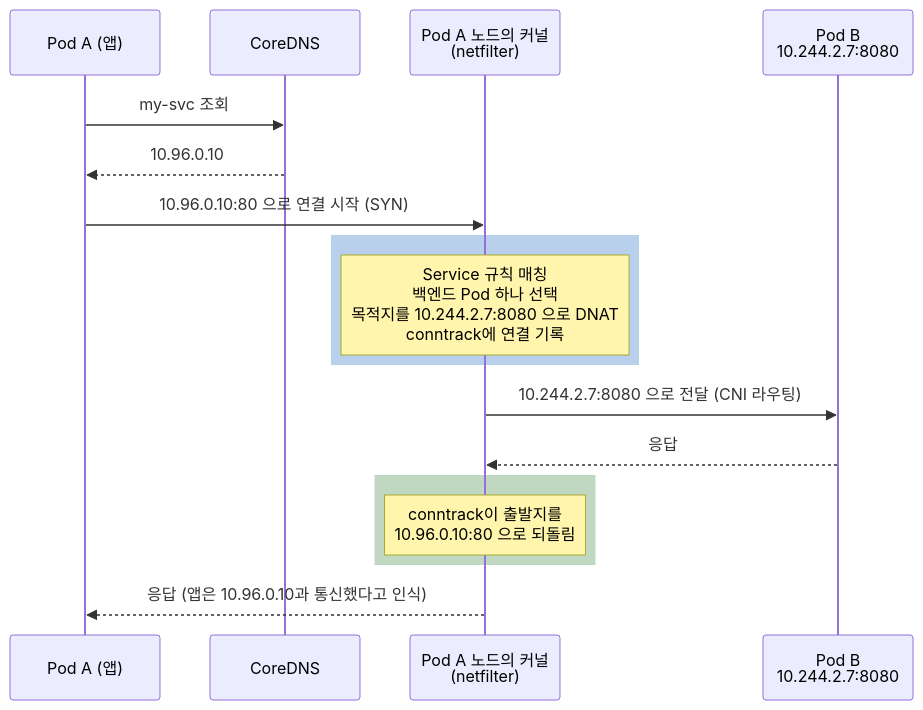
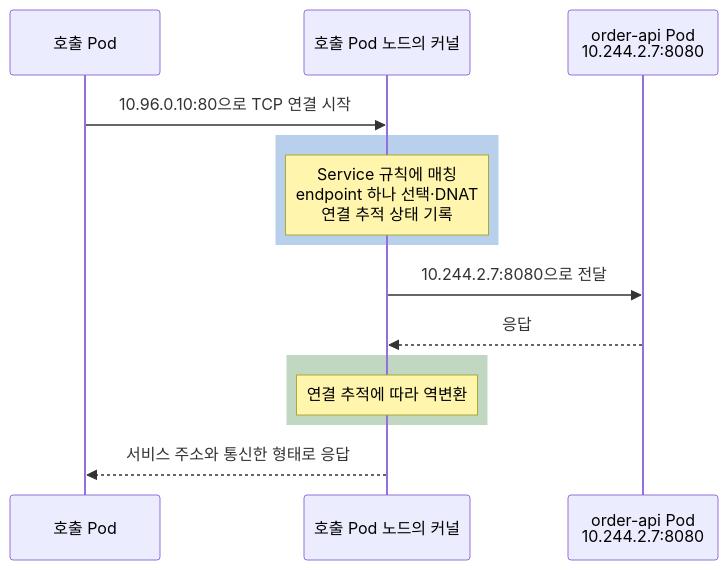
Before and after one commit to sskim91/TIL: the third of 3 diagrams in kubernetes/Kubernetes-Service-Internals.md, drawn with Mermaid. The commit also changed other lines of this file and 39 other files, not shown here.

````diff
--- a/kubernetes/Kubernetes-Service-Internals.md
+++ b/kubernetes/Kubernetes-Service-Internals.md
@@ -101,20 +172,16 @@
 ```mermaid
 sequenceDiagram
-    participant App as Pod A (앱)
-    participant DNS as CoreDNS
-    participant K as Pod A 노드의 커널<br>(netfilter)
-    participant B as Pod B<br>10.244.2.7:8080
-
-    App->>DNS: my-svc 조회
-    DNS-->>App: 10.96.0.10
-    App->>K: 10.96.0.10:80 으로 연결 시작 (SYN)
+    participant A as 호출 Pod
+    participant K as 호출 Pod 노드의 커널
+    participant B as order-api Pod<br>10.244.2.7:8080
+    A->>K: 10.96.0.10:80으로 TCP 연결 시작
     rect rgba(21, 101, 192, 0.3)
-        Note over K: Service 규칙 매칭<br>백엔드 Pod 하나 선택<br>목적지를 10.244.2.7:8080 으로 DNAT<br>conntrack에 연결 기록
+        Note over K: Service 규칙에 매칭<br>endpoint 하나 선택·DNAT<br>연결 추적 상태 기록
     end
-    K->>B: 10.244.2.7:8080 으로 전달 (CNI 라우팅)
+    K->>B: 10.244.2.7:8080으로 전달
     B-->>K: 응답
     rect rgba(46, 125, 50, 0.3)
-        Note over K: conntrack이 출발지를<br>10.96.0.10:80 으로 되돌림
+        Note over K: 연결 추적에 따라 역변환
     end
-    K-->>App: 응답 (앱은 10.96.0.10과 통신했다고 인식)
+    K-->>A: 서비스 주소와 통신한 형태로 응답
 ```
````
